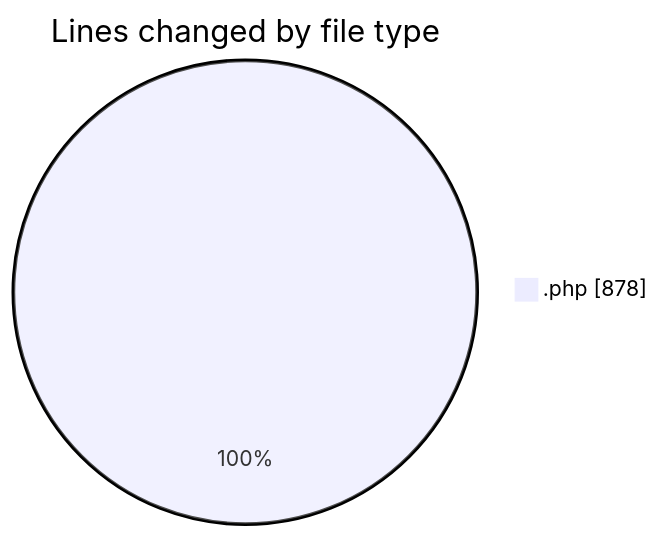
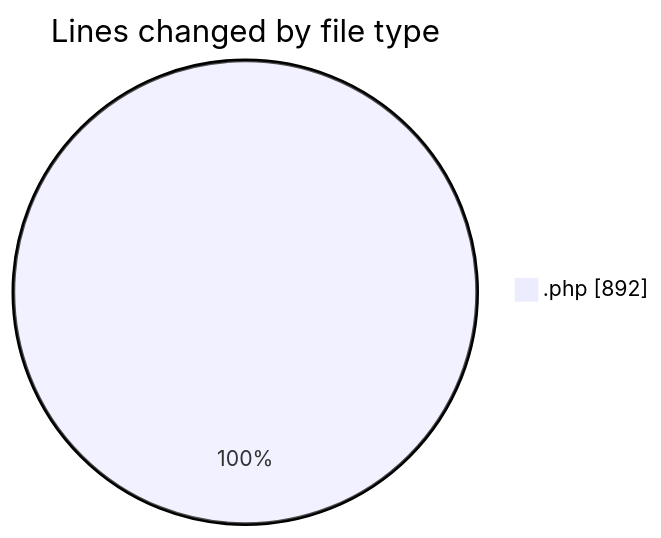
Before and after one commit to debugP/code-tracking: the first of 2 diagrams in 2026-07-29/untitled__workspace_/README.md, drawn with Mermaid. The commit also changed other lines of this file and 1 other file, not shown here.

````diff
--- a/2026-07-29/untitled__workspace_/README.md
+++ b/2026-07-29/untitled__workspace_/README.md
@@ -20,5 +20,5 @@
 ```mermaid
 pie showData
 title Lines changed by file type
-".php" : 878
+".php" : 892
 ```
````
